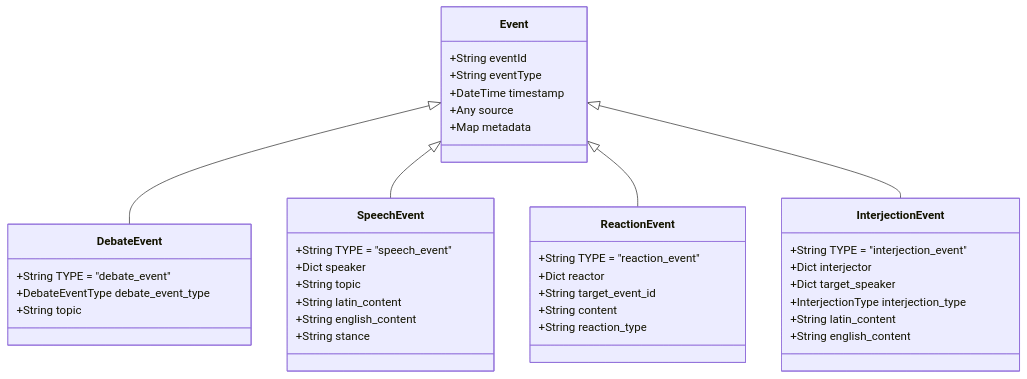
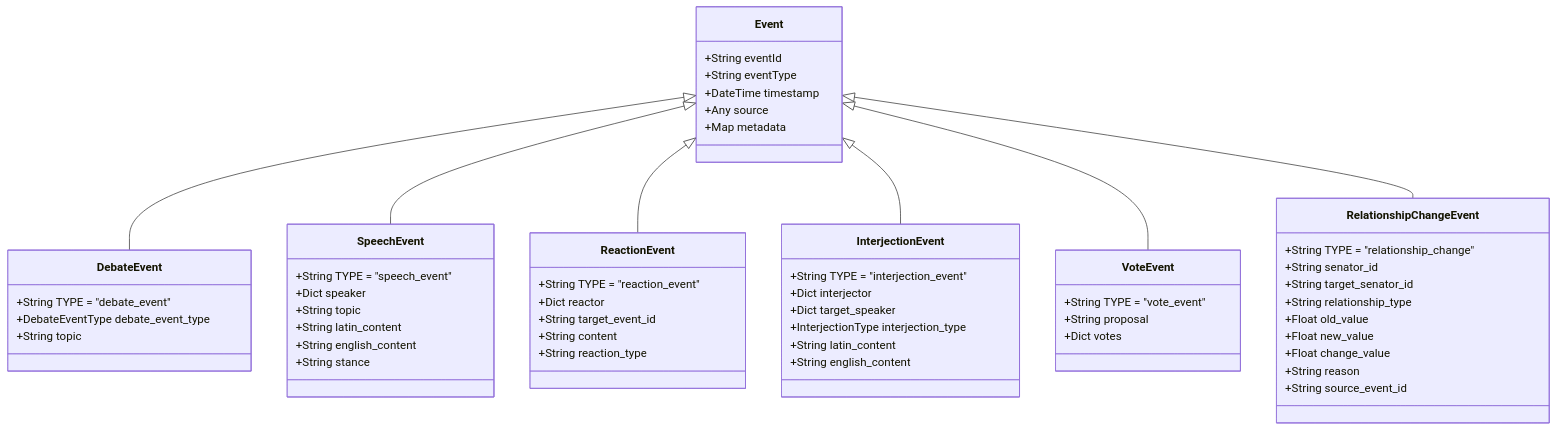
The second of 2 diagrams in docs/event_system/index.md (ianlintner/forum), drawn with Mermaid before and after one commit. The commit also changed other lines of this file and 13 other files, not shown here.

````diff
--- a/docs/event_system/index.md
+++ b/docs/event_system/index.md
@@ -105,47 +116,67 @@
 ```mermaid
 classDiagram
     Event <|-- DebateEvent
     Event <|-- SpeechEvent
     Event <|-- ReactionEvent
     Event <|-- InterjectionEvent
+    Event <|-- VoteEvent
+    Event <|-- RelationshipChangeEvent
     
     class Event {
         +String eventId
         +String eventType
         +DateTime timestamp
         +Any source
         +Map metadata
     }
     
     class DebateEvent {
         +String TYPE = "debate_event"
         +DebateEventType debate_event_type
         +String topic
     }
     
     class SpeechEvent {
         +String TYPE = "speech_event"
         +Dict speaker
         +String topic
         +String latin_content
         +String english_content
         +String stance
     }
     
     class ReactionEvent {
         +String TYPE = "reaction_event"
         +Dict reactor
         +String target_event_id
         +String content
         +String reaction_type
     }
     
     class InterjectionEvent {
         +String TYPE = "interjection_event"
         +Dict interjector
         +Dict target_speaker
         +InterjectionType interjection_type
         +String latin_content
         +String english_content
     }
+    
+    class VoteEvent {
+        +String TYPE = "vote_event"
+        +String proposal
+        +Dict votes
+    }
+    
+    class RelationshipChangeEvent {
+        +String TYPE = "relationship_change"
+        +String senator_id
+        +String target_senator_id
+        +String relationship_type
+        +Float old_value
+        +Float new_value
+        +Float change_value
+        +String reason
+        +String source_event_id
+    }
 ```
````
